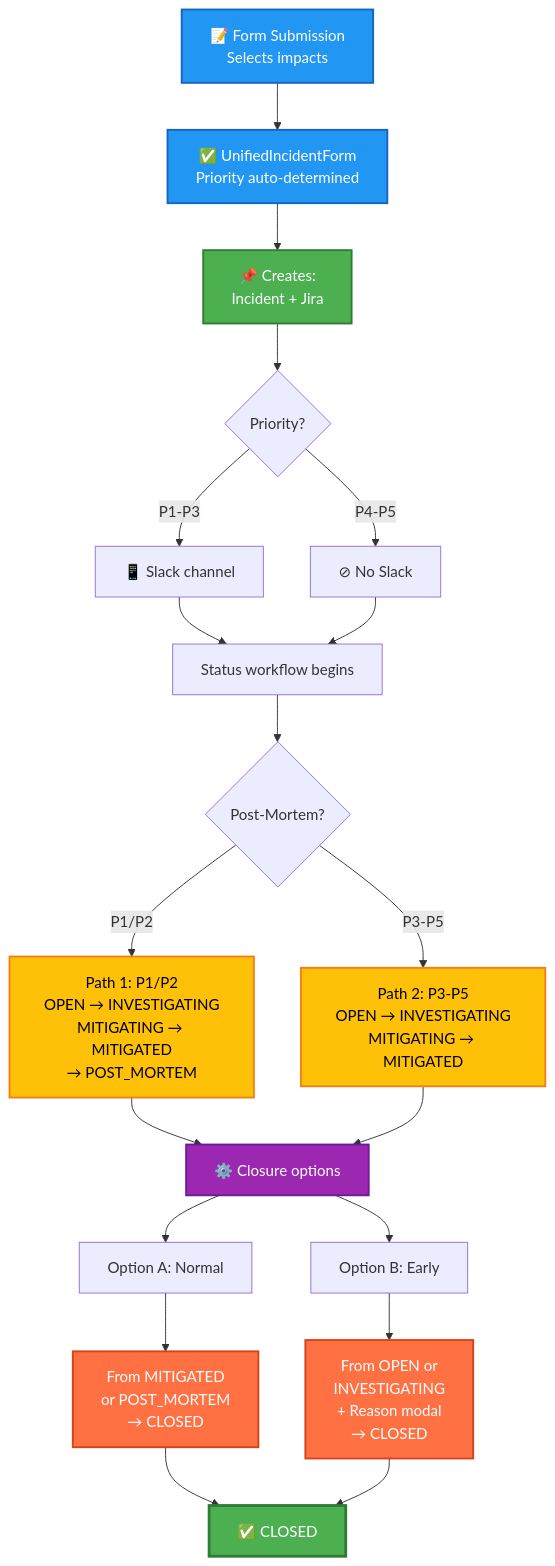
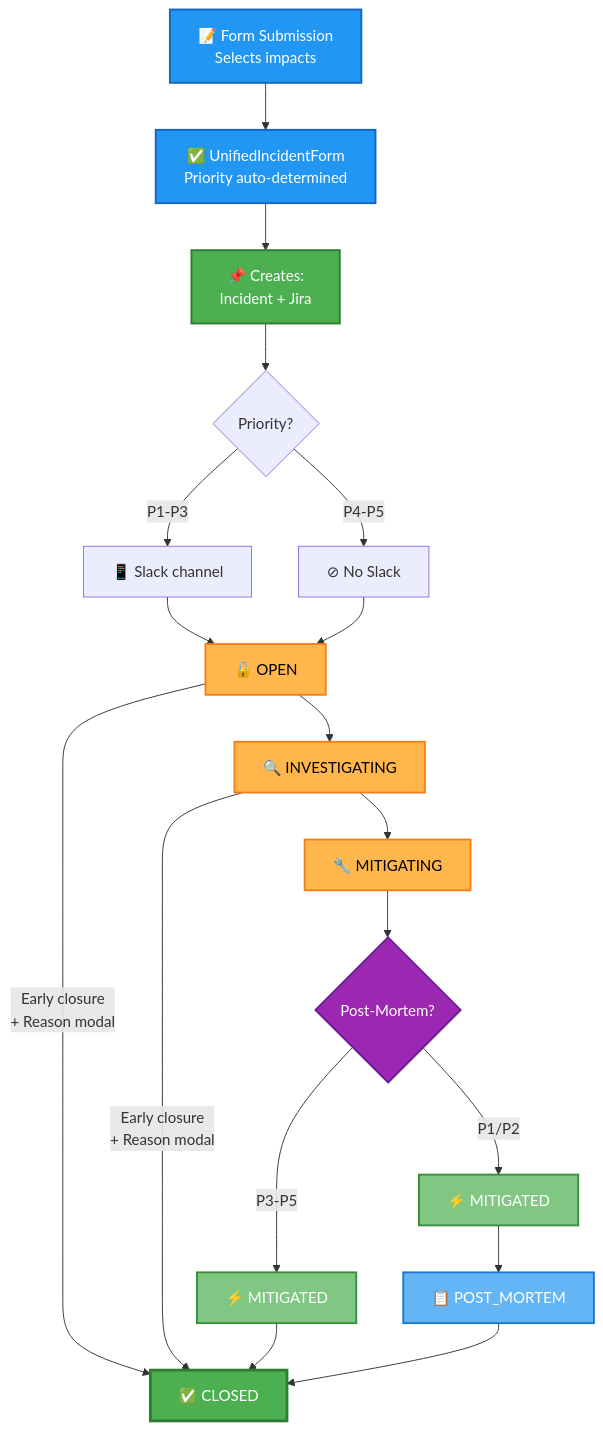
One commit to ManoManoTech/firefighter-incident changed the diagram in docs/architecture/incident-workflow.md. Above: the diagram before and after it, drawn with Mermaid. The commit also changed other lines of this file, not shown here.

Commit message:
docs: restructure workflow diagram with separate status boxes and direct early closure paths
- Separated each status into individual boxes (OPEN, INVESTIGATING, MITIGATING, MITIGATED, POST_MORTEM)
- Added direct arrows showing early closure paths from OPEN and INVESTIGATING
- Clear separation between normal closure (from MITIGATED/POST_MORTEM) and early closure (from OPEN/INVESTIGATING)
- Distinct colors for each status category
- Added emoji for visual clarity

🤖 Generated with Claude Code

````diff
--- a/docs/architecture/incident-workflow.md
+++ b/docs/architecture/incident-workflow.md
@@ -9,39 +9,41 @@
 ```mermaid
 graph TD
     A["📝 Form Submission<br/>Selects impacts"] --> B["✅ UnifiedIncidentForm<br/>Priority auto-determined"]
 
     B --> C["📌 Creates:<br/>Incident + Jira"]
     C --> D{Priority?}
 
     D -->|P1-P3| E["📱 Slack channel"]
     D -->|P4-P5| F["⊘ No Slack"]
 
-    E --> G["Status workflow begins"]
-    F --> G
+    E --> G1["🔓 OPEN"]
+    F --> G1
 
-    G --> H{Post-Mortem?}
-    H -->|P1/P2| I["Path 1: P1/P2<br/>OPEN → INVESTIGATING<br/>MITIGATING → MITIGATED<br/>→ POST_MORTEM"]
-    H -->|P3-P5| J["Path 2: P3-P5<br/>OPEN → INVESTIGATING<br/>MITIGATING → MITIGATED"]
+    G1 --> H1["🔍 INVESTIGATING"]
+    G1 -->|Early closure<br/>+ Reason modal| CLOSED["✅ CLOSED"]
 
-    I --> K["⚙️ Closure options"]
-    J --> K
+    H1 --> I1["🔧 MITIGATING"]
+    H1 -->|Early closure<br/>+ Reason modal| CLOSED
 
-    K --> L["Option A: Normal"]
-    K --> M["Option B: Early"]
+    I1 --> J1{Post-Mortem?}
 
-    L --> L1["From MITIGATED<br/>or POST_MORTEM<br/>→ CLOSED"]
-    M --> M1["From OPEN or<br/>INVESTIGATING<br/>+ Reason modal<br/>→ CLOSED"]
+    J1 -->|P1/P2| K1["⚡ MITIGATED"]
+    J1 -->|P3-P5| K2["⚡ MITIGATED"]
 
-    L1 --> O["✅ CLOSED"]
-    M1 --> O
+    K1 --> L1["📋 POST_MORTEM"]
+    K2 --> CLOSED
+
+    L1 --> CLOSED
 
     style A fill:#2196F3,stroke:#1565C0,stroke-width:2px,color:#fff
     style B fill:#2196F3,stroke:#1565C0,stroke-width:2px,color:#fff
     style C fill:#4CAF50,stroke:#2E7D32,stroke-width:2px,color:#fff
-    style I fill:#FFC107,stroke:#F57F17,stroke-width:2px,color:#000
-    style J fill:#FFC107,stroke:#F57F17,stroke-width:2px,color:#000
-    style L1 fill:#FF7043,stroke:#D84315,stroke-width:2px,color:#fff
-    style M1 fill:#FF7043,stroke:#D84315,stroke-width:2px,color:#fff
-    style O fill:#4CAF50,stroke:#2E7D32,stroke-width:3px,color:#fff
-    style K fill:#9C27B0,stroke:#6A1B9A,stroke-width:2px,color:#fff
+    style G1 fill:#FFB74D,stroke:#F57F17,stroke-width:2px,color:#000
+    style H1 fill:#FFB74D,stroke:#F57F17,stroke-width:2px,color:#000
+    style I1 fill:#FFB74D,stroke:#F57F17,stroke-width:2px,color:#000
+    style K1 fill:#81C784,stroke:#388E3C,stroke-width:2px,color:#fff
+    style K2 fill:#81C784,stroke:#388E3C,stroke-width:2px,color:#fff
+    style L1 fill:#64B5F6,stroke:#1976D2,stroke-width:2px,color:#fff
+    style CLOSED fill:#4CAF50,stroke:#2E7D32,stroke-width:3px,color:#fff
+    style J1 fill:#9C27B0,stroke:#6A1B9A,stroke-width:2px,color:#fff
 ```
````
